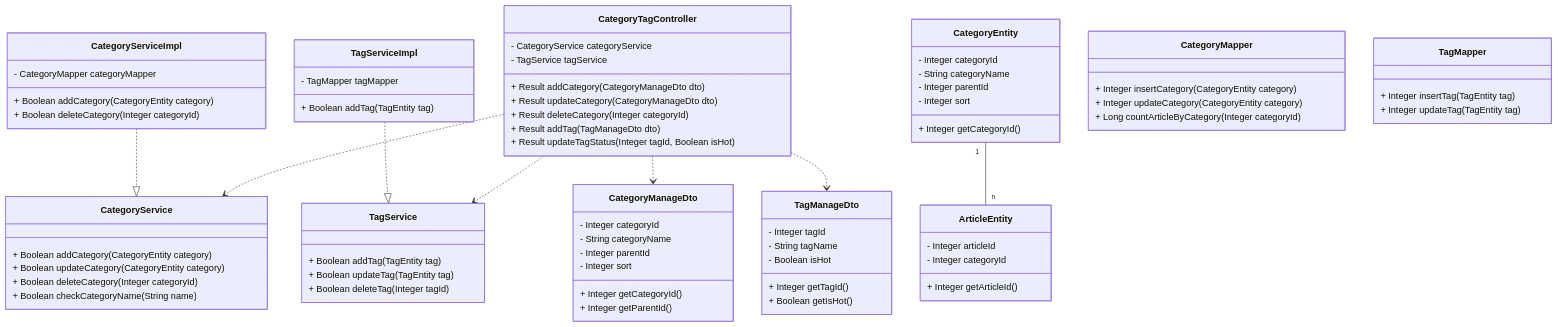
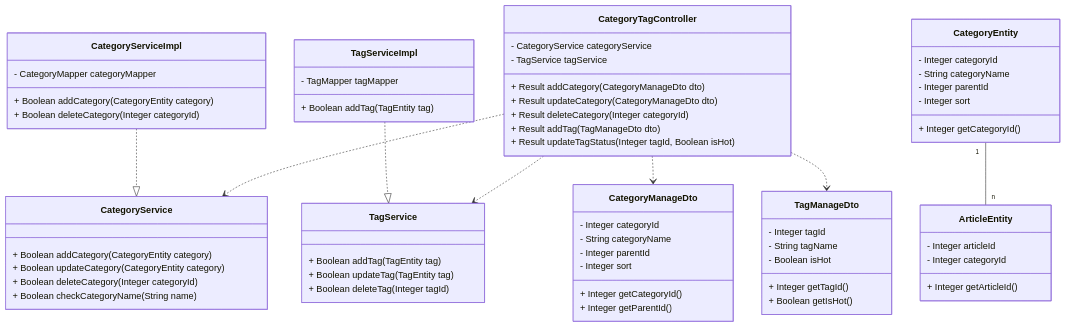
Before and after one commit to DEbalanceUX/iodraw-files: the diagram in all/未命名-1.md, drawn with Mermaid.

Commit message:
2025-12-11 14:49:05 update

````diff
--- a/all/未命名-1.md
+++ b/all/未命名-1.md
@@ -78,14 +78,6 @@
         + Integer getArticleId()
     }
 
-    class CategoryMapper {
-        + Integer insertCategory(CategoryEntity category)
-        + Integer updateCategory(CategoryEntity category)
-        + Long countArticleByCategory(Integer categoryId)
-    }
+  
 
-    class TagMapper {
-        + Integer insertTag(TagEntity tag)
-        + Integer updateTag(TagEntity tag)
-    }
 ```
````
